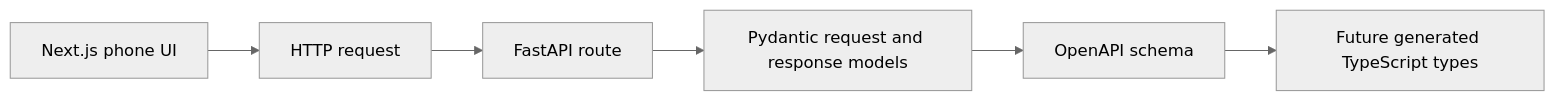
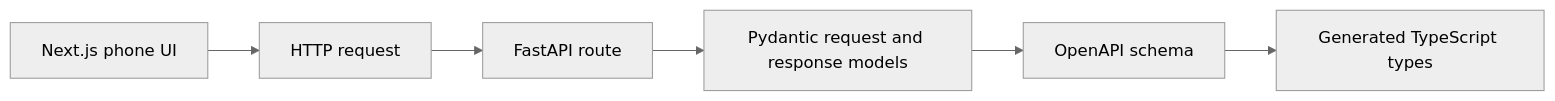
The diagram in docs/architecture/api-contracts.md (czzzry/watchsignal), drawn with Mermaid (neutral theme) before and after one commit. The commit also changed other lines of this file and 18 other files, not shown here.

Commit message:
Refactor recommendation and pass-the-phone architecture

````diff
--- a/docs/architecture/api-contracts.md
+++ b/docs/architecture/api-contracts.md
@@ -9,8 +9,8 @@
 ```mermaid
 flowchart LR
     A["Next.js phone UI"] --> B["HTTP request"]
     B --> C["FastAPI route"]
     C --> D["Pydantic request and response models"]
     D --> E["OpenAPI schema"]
-    E --> F["Future generated TypeScript types"]
+    E --> F["Generated TypeScript types"]
 ```
````
